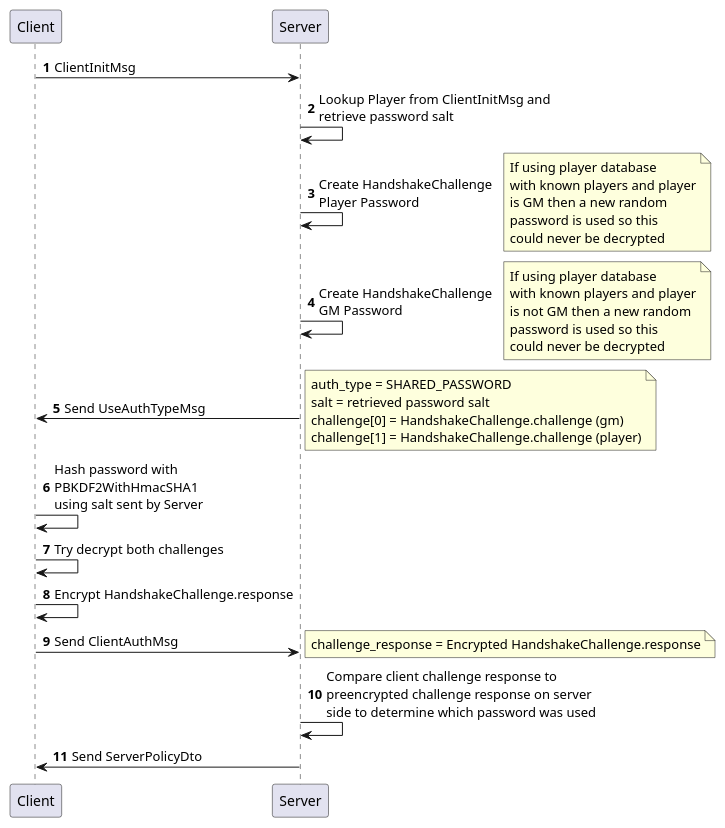
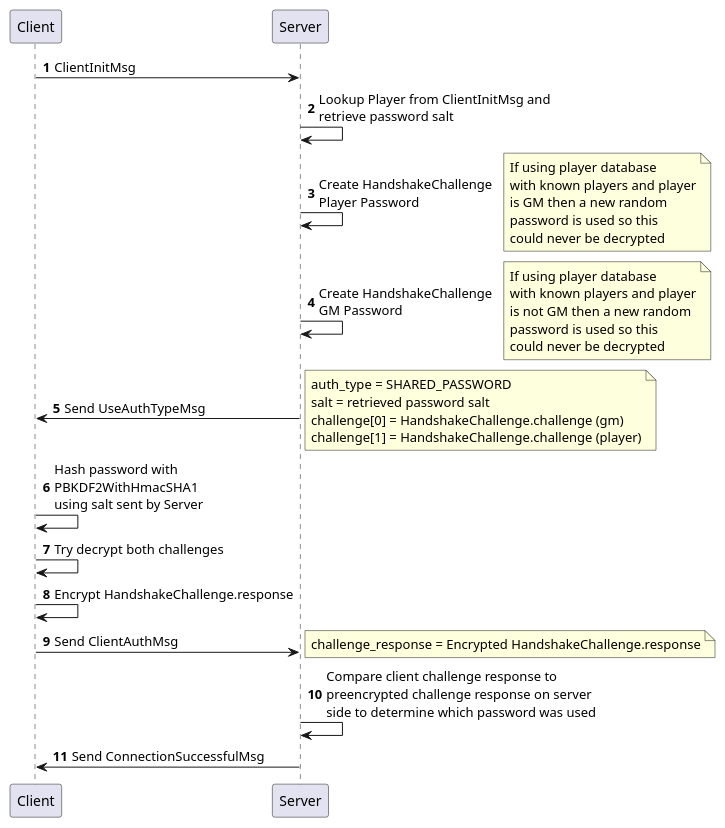
The diagram in doc/CodeDoc/Authentication/AuthenticationSharedKey.puml (RPTools/maptool), drawn with PlantUML before and after one commit. The commit also changed 4 other files, not shown here.

```diff
--- a/doc/CodeDoc/Authentication/AuthenticationSharedKey.puml
+++ b/doc/CodeDoc/Authentication/AuthenticationSharedKey.puml
@@ -1,39 +1,39 @@
 @startuml
 'https://plantuml.com/sequence-diagram
 
 autonumber
 Client -> Server: ClientInitMsg
 Server -> Server: Lookup Player from ClientInitMsg and\nretrieve password salt
 Server -> Server: Create HandshakeChallenge\nPlayer Password
 note right
  If using player database
  with known players and player
  is GM then a new random
  password is used so this
  could never be decrypted
 end note
 Server -> Server: Create HandshakeChallenge\nGM Password
 note right
  If using player database
  with known players and player
  is not GM then a new random
  password is used so this
  could never be decrypted
 end note
 Server -> Client: Send UseAuthTypeMsg
 note right
     auth_type = SHARED_PASSWORD
     salt = retrieved password salt
     challenge[0] = HandshakeChallenge.challenge (gm)
     challenge[1] = HandshakeChallenge.challenge (player)
 end note
 Client -> Client: Hash password with\nPBKDF2WithHmacSHA1\nusing salt sent by Server
 Client -> Client: Try decrypt both challenges
 Client -> Client: Encrypt HandshakeChallenge.response
 Client -> Server: Send ClientAuthMsg
 note right
    challenge_response = Encrypted HandshakeChallenge.response
 end note
 Server -> Server: Compare client challenge response to\npreencrypted challenge response on server\nside to determine which password was used
-Server -> Client: Send ServerPolicyDto
+Server -> Client: Send ConnectionSuccessfulMsg
 @enduml
```
